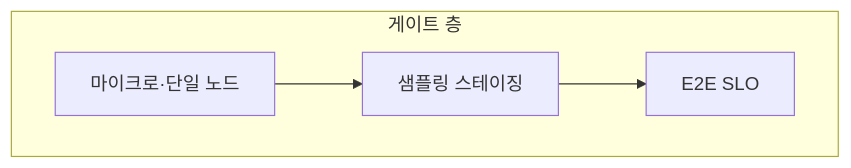
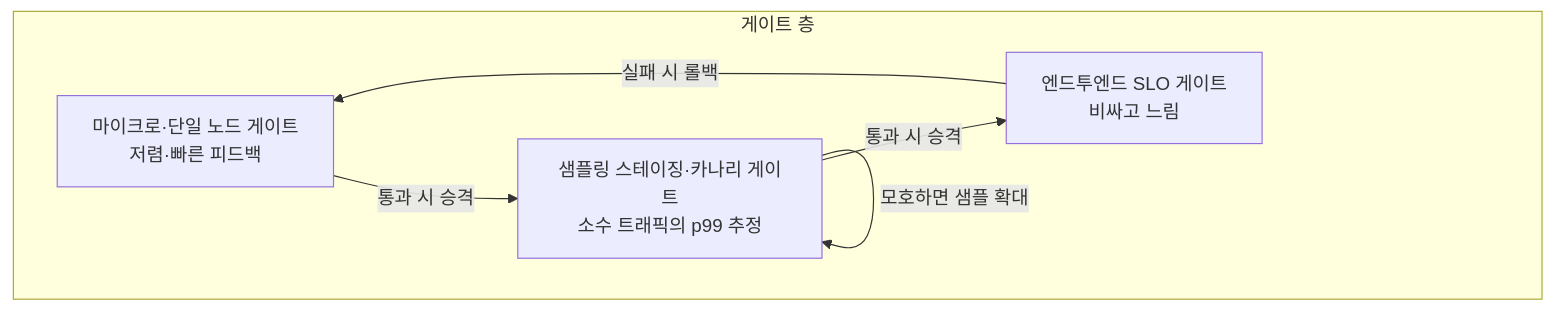
Before and after one commit to 42jerrykim/42jerrykim.github.io: the diagram in content/collection/optimization-12-regression-prevention/17-distributed-cluster-performance-regression/index.md, drawn with Mermaid. The commit also changed other lines of this file and 1 other file, not shown here.

````diff
--- a/content/collection/optimization-12-regression-prevention/17-distributed-cluster-performance-regression/index.md
+++ b/content/collection/optimization-12-regression-prevention/17-distributed-cluster-performance-regression/index.md
@@ -86,10 +64,12 @@
 ```mermaid
 flowchart TB
   subgraph layer ["게이트 층"]
-    A["마이크로·단일 노드"]
-    B["샘플링 스테이징"]
-    C["E2E SLO"]
+    A["마이크로·단일 노드 게이트</br>저렴·빠른 피드백"]
+    B["샘플링 스테이징·카나리 게이트</br>소수 트래픽의 p99 추정"]
+    C["엔드투엔드 SLO 게이트</br>비싸고 느림"]
   end
-  A --> B
-  B --> C
+  A -->|"통과 시 승격"| B
+  B -->|"통과 시 승격"| C
+  B -->|"모호하면 샘플 확대"| B
+  C -->|"실패 시 롤백"| A
 ```
````
